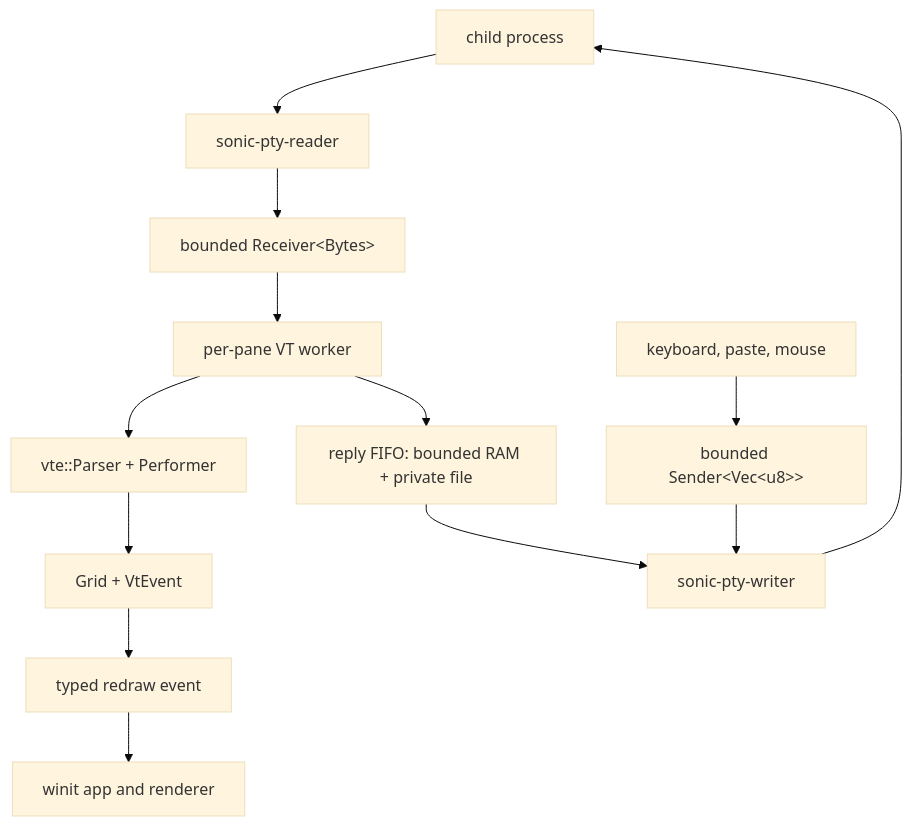
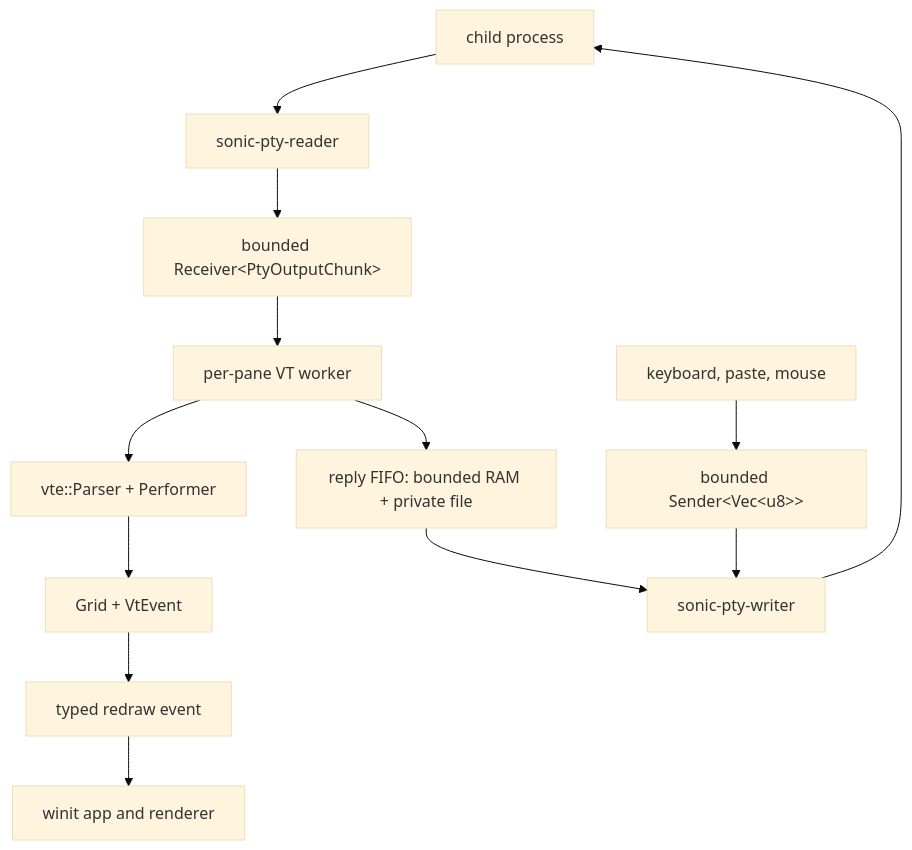
One commit to D0n9X1n/SonicTerm changed the diagram in wiki/Terminal-IO-and-VT.md. Above: the diagram before and after it, drawn with Mermaid (base theme). The commit also changed other lines of this file and 46 other files, not shown here.

````diff
--- a/wiki/Terminal-IO-and-VT.md
+++ b/wiki/Terminal-IO-and-VT.md
@@ -19,16 +19,16 @@
 ```mermaid
 flowchart TD
     child["child process"] --> reader["sonic-pty-reader"]
-    reader --> output["bounded Receiver&lt;Bytes&gt;"]
+    reader --> output["bounded Receiver&lt;PtyOutputChunk&gt;"]
     output --> worker["per-pane VT worker"]
     worker --> parser["vte::Parser + Performer"]
     parser --> grid["Grid + VtEvent"]
     grid --> redraw["typed redraw event"]
     redraw --> app["winit app and renderer"]
 
     input["keyboard, paste, mouse"] --> queue["bounded Sender&lt;Vec&lt;u8&gt;&gt;"]
     worker --> spool["reply FIFO: bounded RAM + private file"]
     spool --> writer["sonic-pty-writer"]
     queue --> writer
     writer --> child
 ```
````
